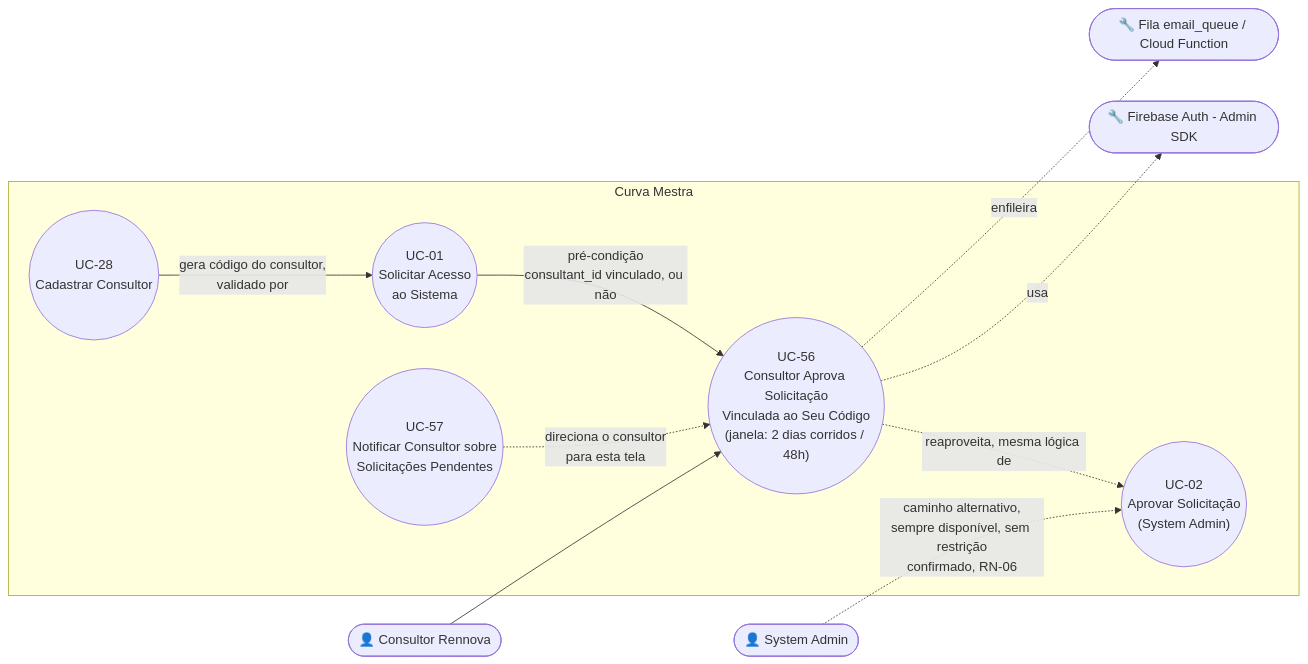
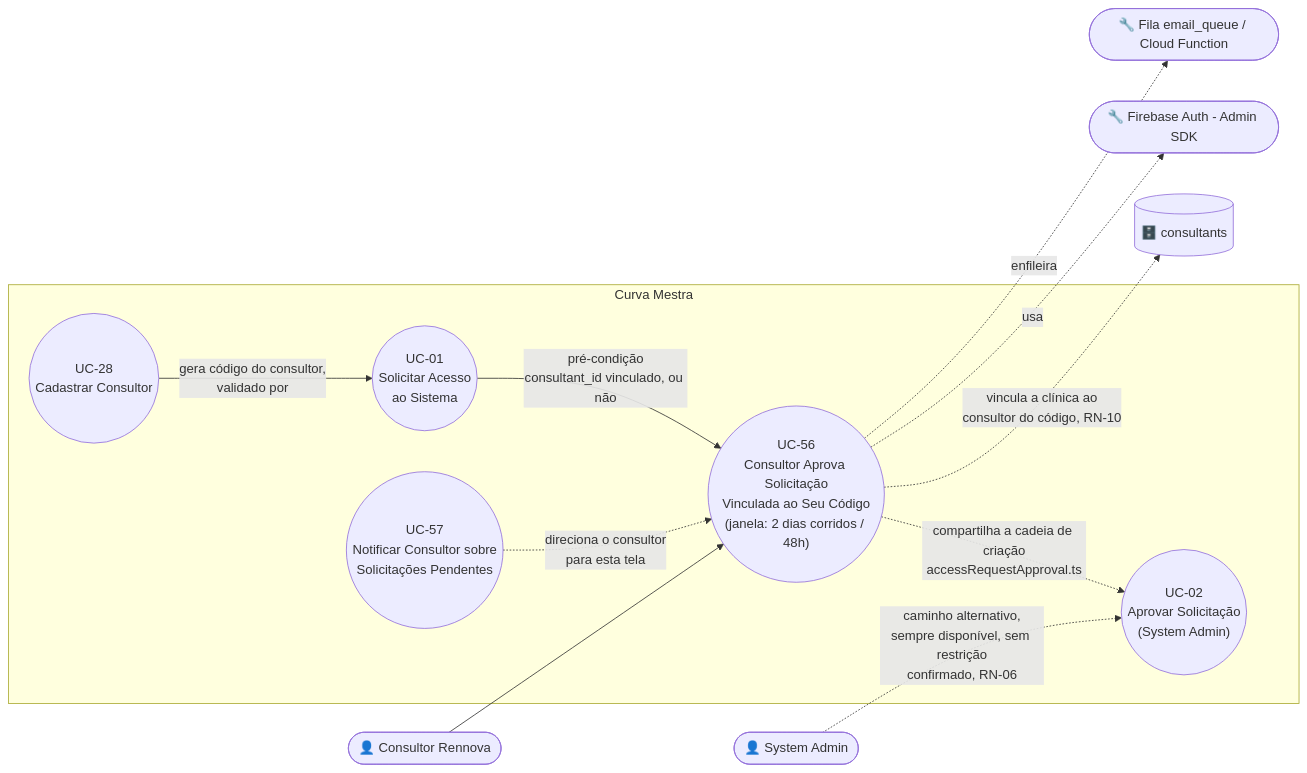
One commit to GScandelari/curva_mestra_system changed the diagram in ONLY_FOR_DEVS/PO_BA_Docs/UC-56-consultor-aprova-solicitacao-vinculada-ao-codigo.md. Above: the diagram before and after it, drawn with Mermaid. The commit also changed other lines of this file and 6 other files, not shown here.

First line of the commit message:
docs(uc): close consultant approval flow after release 1.13.0 (v3.50)

````diff
--- a/ONLY_FOR_DEVS/PO_BA_Docs/UC-56-consultor-aprova-solicitacao-vinculada-ao-codigo.md
+++ b/ONLY_FOR_DEVS/PO_BA_Docs/UC-56-consultor-aprova-solicitacao-vinculada-ao-codigo.md
@@ -16,24 +16,26 @@
 ```mermaid
 flowchart LR
     Consultor([👤 Consultor Rennova])
     Admin([👤 System Admin])
     FirebaseAuth([🔧 Firebase Auth - Admin SDK])
     EmailQueue([🔧 Fila email_queue / Cloud Function])
+    Consultants[("🗄️ consultants")]
 
     subgraph Sistema["Curva Mestra"]
         UC01(("UC-01\nSolicitar Acesso\nao Sistema"))
         UC28(("UC-28\nCadastrar Consultor"))
         UC02(("UC-02\nAprovar Solicitação\n(System Admin)"))
         UC56(("UC-56\nConsultor Aprova Solicitação\nVinculada ao Seu Código\n(janela: 2 dias corridos / 48h)"))
         UC57(("UC-57\nNotificar Consultor sobre\nSolicitações Pendentes"))
     end
 
     UC28 -->|gera código do consultor,\nvalidado por| UC01
     UC01 -->|pré-condição\nconsultant_id vinculado, ou não| UC56
     Consultor --> UC56
     Admin -.->|caminho alternativo,\nsempre disponível, sem restrição\nconfirmado, RN-06| UC02
-    UC56 -.->|reaproveita, mesma lógica de| UC02
+    UC56 -.->|compartilha a cadeia de criação\naccessRequestApproval.ts| UC02
+    UC56 -.->|vincula a clínica ao\nconsultor do código, RN-10| Consultants
     UC56 -.->|usa| FirebaseAuth
     UC56 -.->|enfileira| EmailQueue
     UC57 -.->|direciona o consultor\npara esta tela| UC56
 ```
````
